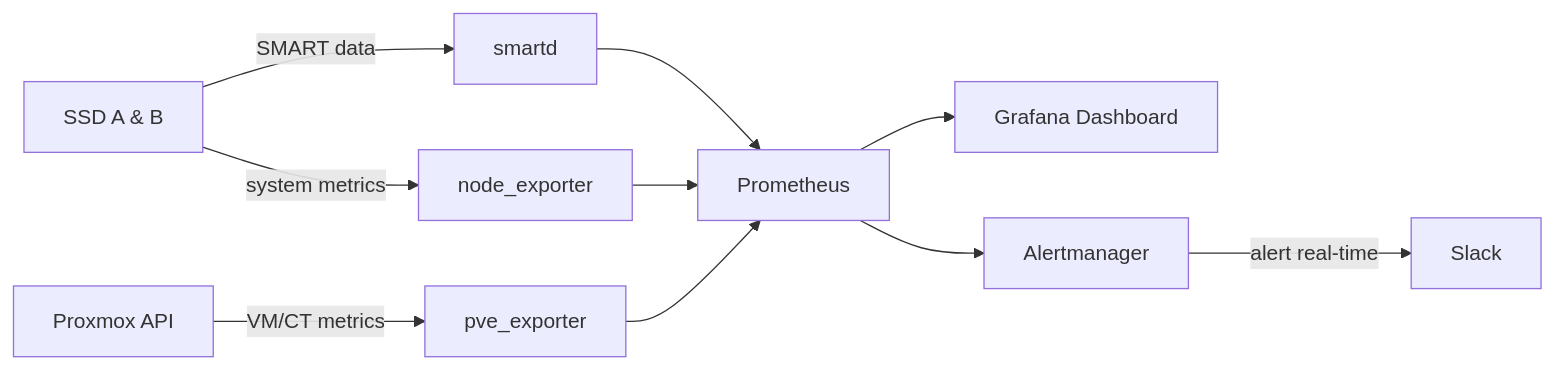
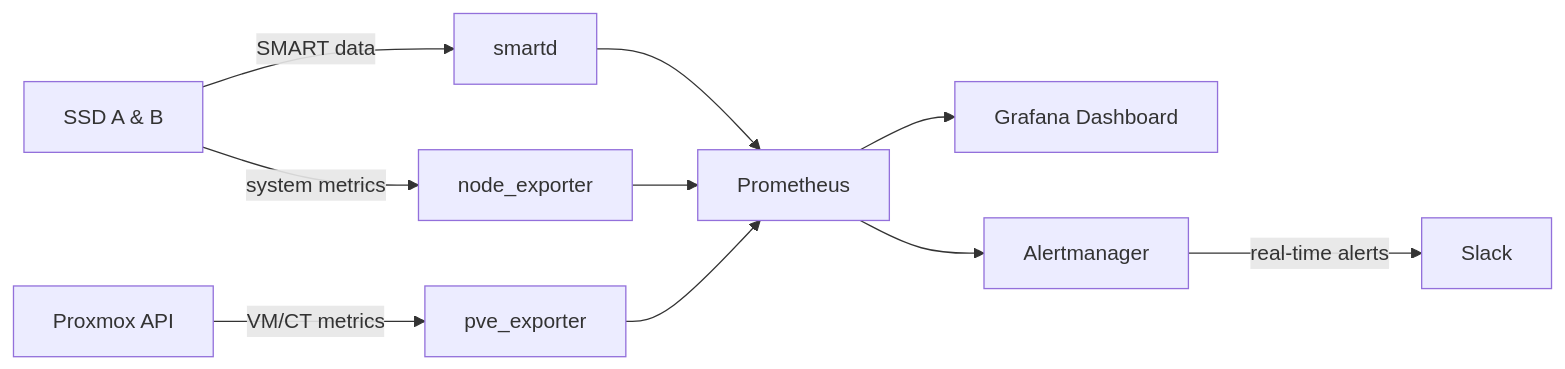
One commit to mymy-vonthys/Zero-Downtime-Storage-Migration-HDD-SSD-on-Production-Proxmox-Cluster changed the third of 3 diagrams in README.md. Above: the diagram before and after it, drawn with Mermaid. The commit also changed other lines of this file, not shown here.

````diff
--- a/README.md
+++ b/README.md
@@ -231,12 +231,12 @@
 ```mermaid
 graph LR
     A[SSD A & B] -->|SMART data| B[smartd]
     A -->|system metrics| C[node_exporter]
     D[Proxmox API] -->|VM/CT metrics| E[pve_exporter]
     B --> F[Prometheus]
     C --> F
     E --> F
     F --> G[Grafana Dashboard]
     F --> H[Alertmanager]
-    H -->|alert real-time| I[Slack]
+    H -->|real-time alerts| I[Slack]
 ```
````
